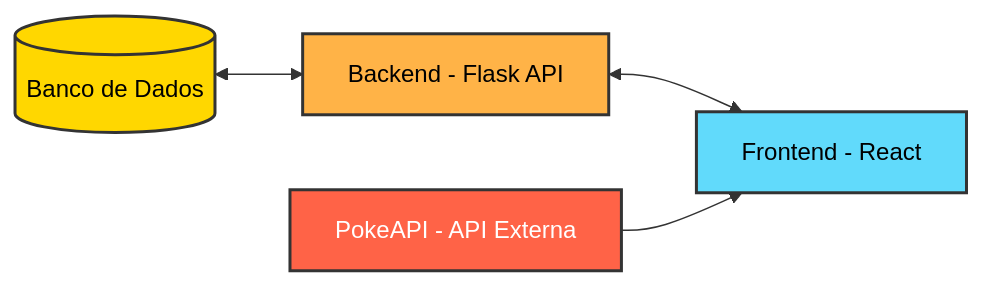
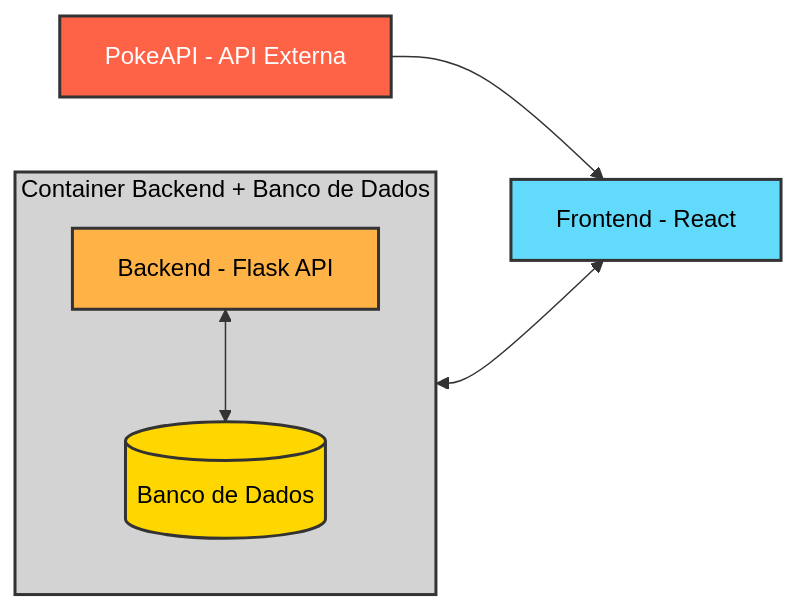
The diagram in README.md (HelenaMayumiTomokane/FrontEnd-Avancado-Pokemon), drawn with Mermaid before and after one commit.

Commit message:
Primeiro commit

````diff
--- a/README.md
+++ b/README.md
@@ -10,16 +10,23 @@
 ```mermaid
 flowchart LR
-    DB[(Banco de Dados)] <--> BE[Backend - Flask API]
-    BE <--> FE[Frontend - React]
+    subgraph BACK_CONTAINER[Container Backend + Banco de Dados]
+        BE[Backend - Flask API]
+        DB[(Banco de Dados)]
+        BE <--> DB
+    end
+
+    BACK_CONTAINER <--> FE[Frontend - React]
     POKEAPI[PokeAPI - API Externa] --> FE
 
     classDef db fill:#FFD700,stroke:#333,stroke-width:2px,color:#000;
     classDef backend fill:#FFB347,stroke:#333,stroke-width:2px,color:#000;
     classDef frontend fill:#61DAFB,stroke:#333,stroke-width:2px,color:#000;
     classDef pokeapi fill:#FF6347,stroke:#333,stroke-width:2px,color:#fff;
+    classDef container fill:#D3D3D3,stroke:#333,stroke-width:2px,color:#000;
 
     class DB db;
     class BE backend;
     class FE frontend;
     class POKEAPI pokeapi;
+    class BACK_CONTAINER container;
 ```
````
